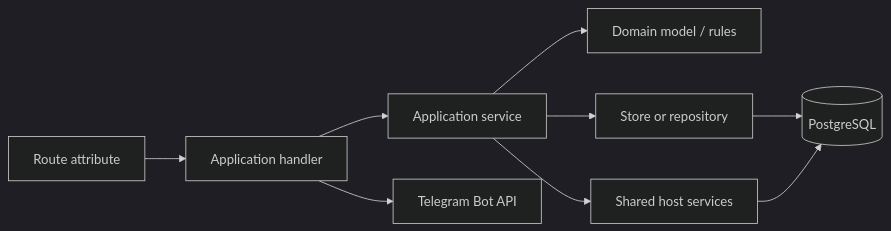
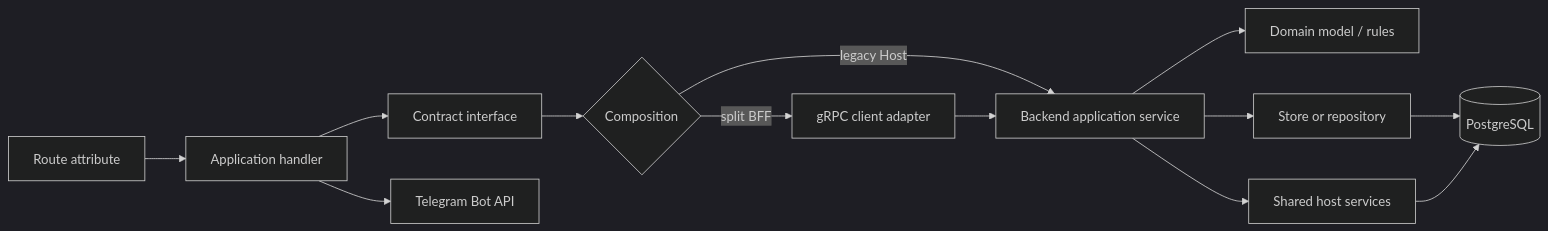
One commit to cpp20120/GameShiz changed the eighth of 19 diagrams in docs/arch.md. Above: the diagram before and after it, drawn with Mermaid (dark theme). The commit also changed other lines of this file and 541 other files, not shown here.

````diff
--- a/docs/arch.md
+++ b/docs/arch.md
@@ -257,20 +304,27 @@
 ```mermaid
 flowchart LR
     route["Route attribute"]
     handler["Application handler"]
-    service["Application service"]
+    contract["Contract interface"]
+    transport{"Composition"}
+    grpc["gRPC client adapter"]
+    service["Backend application service"]
     domain["Domain model / rules"]
     store["Store or repository"]
     shared["Shared host services"]
     pg[("PostgreSQL")]
     telegram["Telegram Bot API"]
 
     route --> handler
-    handler --> service
+    handler --> contract
+    contract --> transport
+    transport -->|"legacy Host"| service
+    transport -->|"split BFF"| grpc
+    grpc --> service
     service --> domain
     service --> store
     service --> shared
     store --> pg
     shared --> pg
     handler --> telegram
 ```
````
